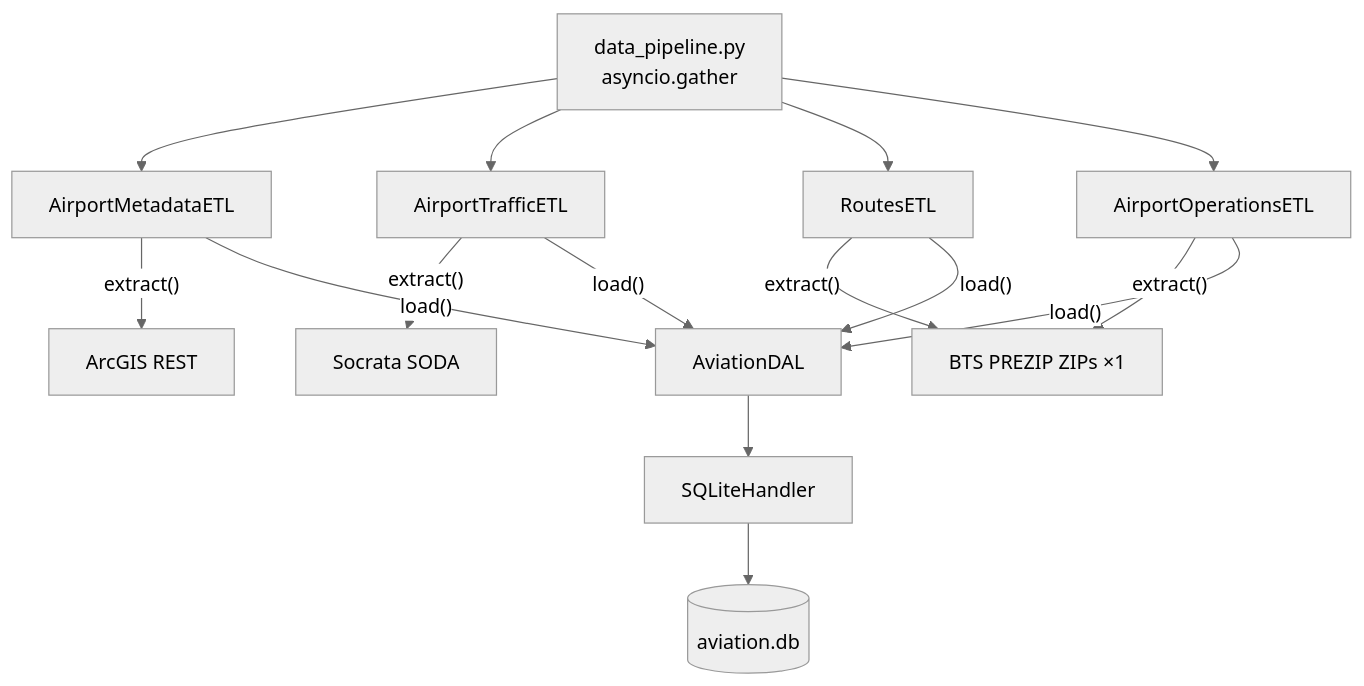
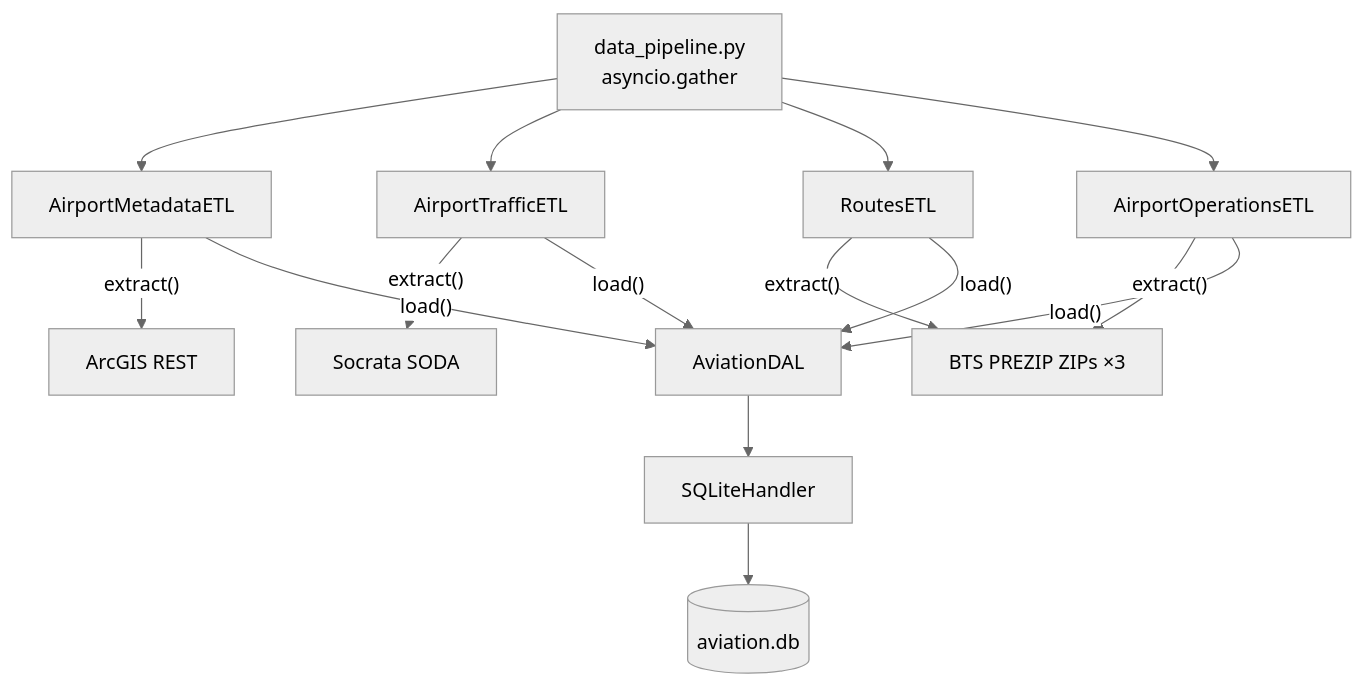
Before and after one commit to asafzenou/Airport-Investment-Intelligence-Agent: the first of 3 diagrams in DOCS/DATA_ARCHITECTURE.md, drawn with Mermaid (neutral theme). The commit also changed other lines of this file and 6 other files, not shown here.

````diff
--- a/DOCS/DATA_ARCHITECTURE.md
+++ b/DOCS/DATA_ARCHITECTURE.md
@@ -148,20 +148,20 @@
 ```mermaid
 flowchart TD
     P["data_pipeline.py\nasyncio.gather"] --> M["AirportMetadataETL"]
     P --> T["AirportTrafficETL"]
     P --> R["RoutesETL"]
     P --> O["AirportOperationsETL"]
 
     M -->|"extract()"| S1["ArcGIS REST"]
     T -->|"extract()"| S2["Socrata SODA"]
-    R -->|"extract()"| S4["BTS PREZIP ZIPs ×1"]
+    R -->|"extract()"| S4["BTS PREZIP ZIPs ×3"]
     O -->|"extract()"| S4
 
     M -->|"load()"| DAL["AviationDAL"]
     T -->|"load()"| DAL
     R -->|"load()"| DAL
     O -->|"load()"| DAL
 
     DAL --> H["SQLiteHandler"]
     H --> DB[("aviation.db")]
 ```
````
